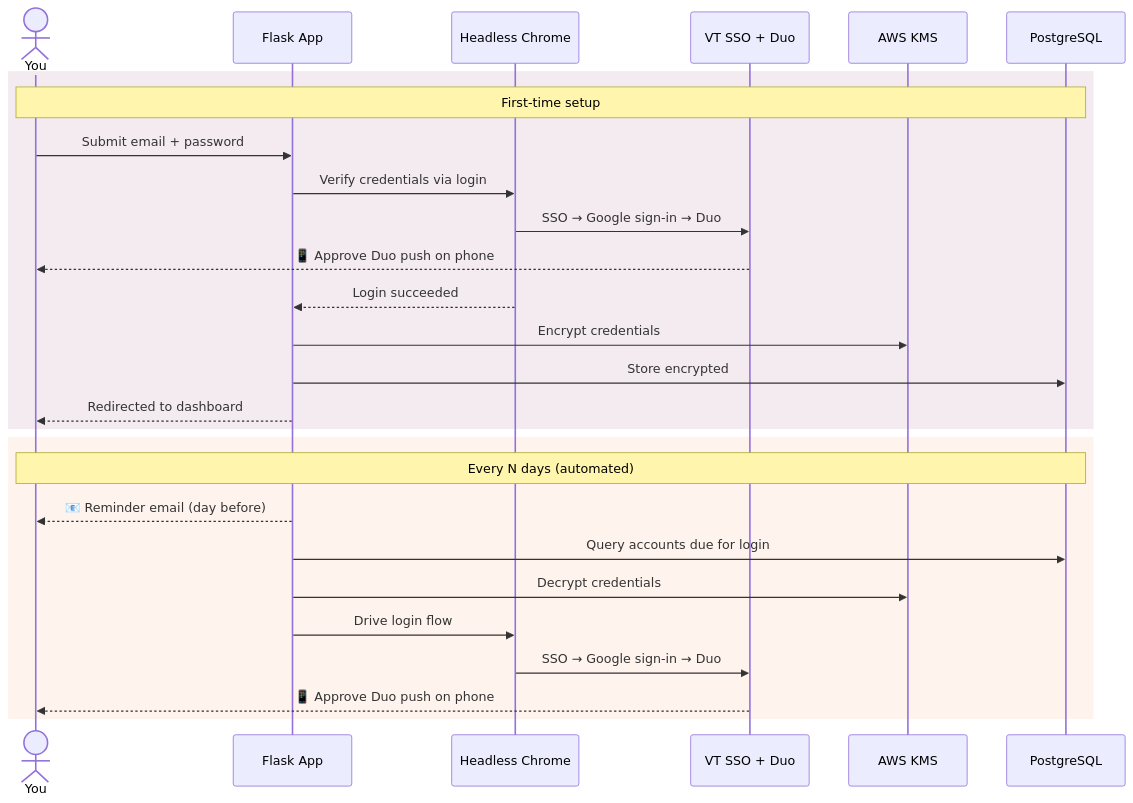
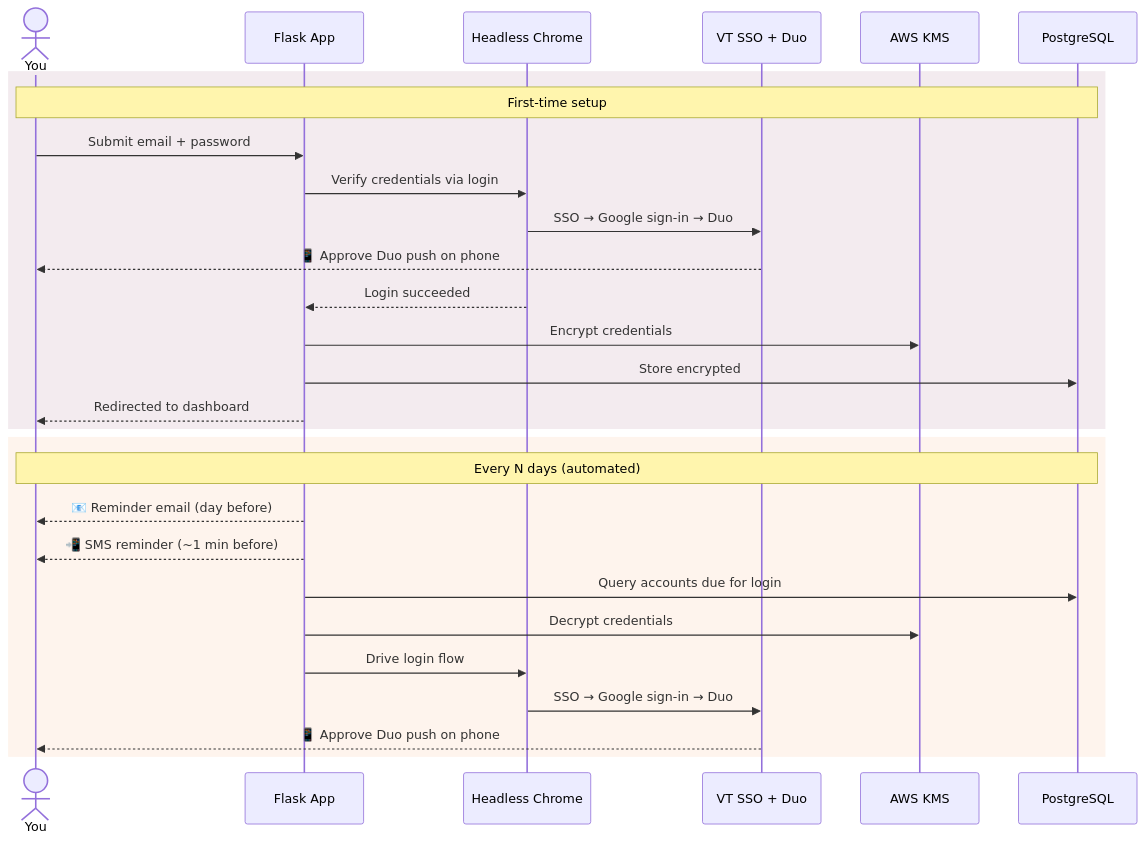
One commit to tfeuerbach/virginiatech-email-saver changed the first of 2 diagrams in README.md. Above: the diagram before and after it, drawn with Mermaid. The commit also changed other lines of this file, not shown here.

````diff
--- a/README.md
+++ b/README.md
@@ -16,31 +18,32 @@
 ```mermaid
 sequenceDiagram
     actor You
     participant App as Flask App
     participant Bot as Headless Chrome
     participant VT as VT SSO + Duo
     participant AWS as AWS KMS
     participant DB as PostgreSQL
 
     rect rgba(99, 0, 49, 0.08)
     Note over You,DB: First-time setup
     You->>App: Submit email + password
     App->>Bot: Verify credentials via login
     Bot->>VT: SSO → Google sign-in → Duo
     VT-->>You: 📱 Approve Duo push on phone
     Bot-->>App: Login succeeded
     App->>AWS: Encrypt credentials
     App->>DB: Store encrypted
     App-->>You: Redirected to dashboard
     end
 
     rect rgba(232, 119, 34, 0.08)
     Note over You,DB: Every N days (automated)
     App-->>You: 📧 Reminder email (day before)
+    App-->>You: 📲 SMS reminder (~1 min before)
     App->>DB: Query accounts due for login
     App->>AWS: Decrypt credentials
     App->>Bot: Drive login flow
     Bot->>VT: SSO → Google sign-in → Duo
     VT-->>You: 📱 Approve Duo push on phone
     end
 ```
````
